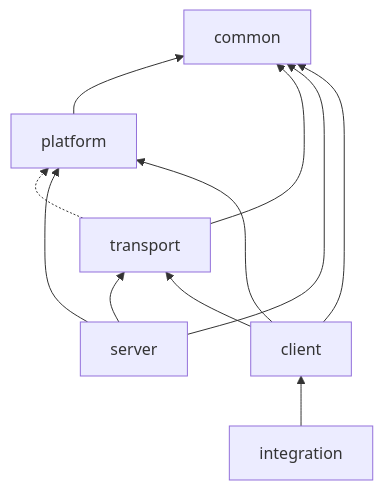
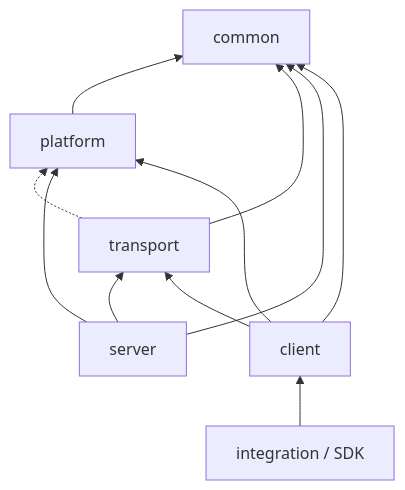
Before and after one commit to LMCache/LMCache: the diagram in docs/design/MODULE_DEPENDENCIES.md, drawn with Mermaid. The commit also changed other lines of this file and 6 other files, not shown here.

````diff
--- a/docs/design/MODULE_DEPENDENCIES.md
+++ b/docs/design/MODULE_DEPENDENCIES.md
@@ -9,13 +11,14 @@
 ```mermaid
 flowchart BT
+    integration["integration / SDK"]
     platform --> common
     transport --> common
     transport -.-> platform
     server --> common
     server --> platform
     server --> transport
     client --> common
     client --> platform
     client --> transport
     integration --> client
 ```
````
